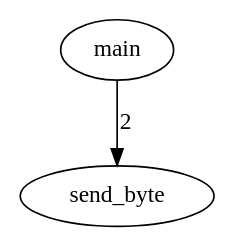
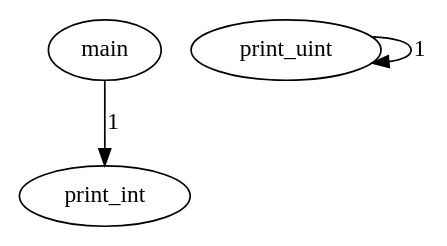
Before and after one commit to cx17x/Langue_1: the diagram in Lab2/out/calc.txt.callgraph.dot, drawn with Graphviz. The commit also changed 10 other files, not shown here.

```diff
--- a/Lab2/out/calc.txt.callgraph.dot
+++ b/Lab2/out/calc.txt.callgraph.dot
@@ -1,5 +1,7 @@
 digraph CallGraph {
   "main";
-  "send_byte";
-  "main" -> "send_byte" [label="2"];
+  "print_int";
+  "print_uint";
+  "main" -> "print_int" [label="1"];
+  "print_uint" -> "print_uint" [label="1"];
 }
```
